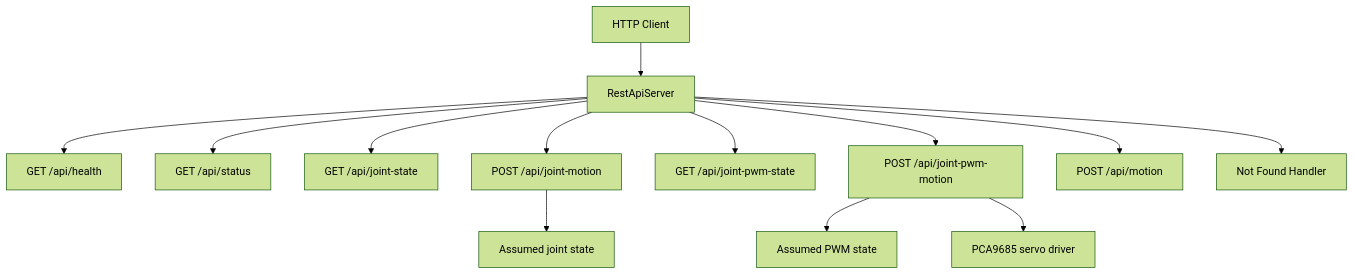
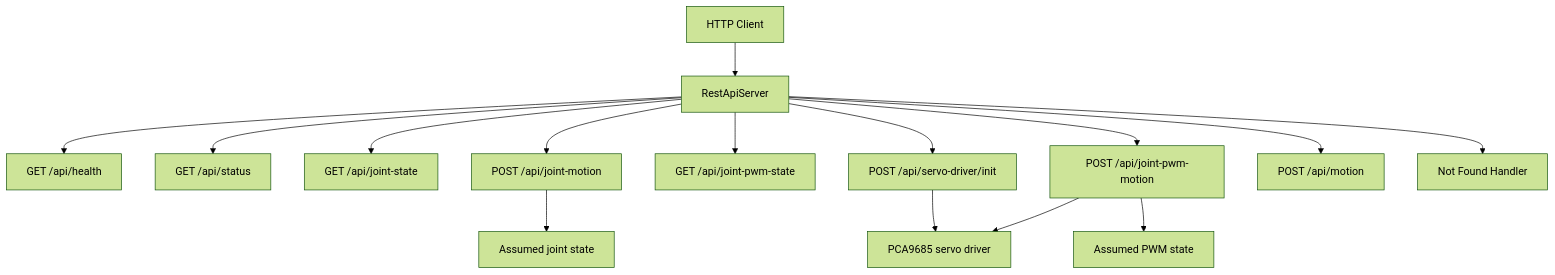
One commit to butz1999/inverse_kinematik changed the first of 3 diagrams in doc/sw/rest_api.md. Above: the diagram before and after it, drawn with Mermaid (forest theme). The commit also changed other lines of this file and 13 other files, not shown here.

Commit message:
Überarbeitung PCA Driver, init hinzugefügt, ready to test mit der HW

````diff
--- a/doc/sw/rest_api.md
+++ b/doc/sw/rest_api.md
@@ -35,16 +36,18 @@
 ```mermaid
 flowchart TD
   Client[HTTP Client] --> Server[RestApiServer]
   Server --> Health["GET /api/health"]
   Server --> Status["GET /api/status"]
   Server --> JointState["GET /api/joint-state"]
   Server --> JointMotion["POST /api/joint-motion"]
   Server --> PwmState["GET /api/joint-pwm-state"]
+  Server --> ServoInit["POST /api/servo-driver/init"]
   Server --> PwmMotion["POST /api/joint-pwm-motion"]
   Server --> Motion["POST /api/motion"]
   Server --> NotFound[Not Found Handler]
 
   JointMotion --> AssumedJointState[Assumed joint state]
+  ServoInit --> Driver[PCA9685 servo driver]
   PwmMotion --> AssumedPwmState[Assumed PWM state]
-  PwmMotion --> Driver[PCA9685 servo driver]
+  PwmMotion --> Driver
 ```
````
